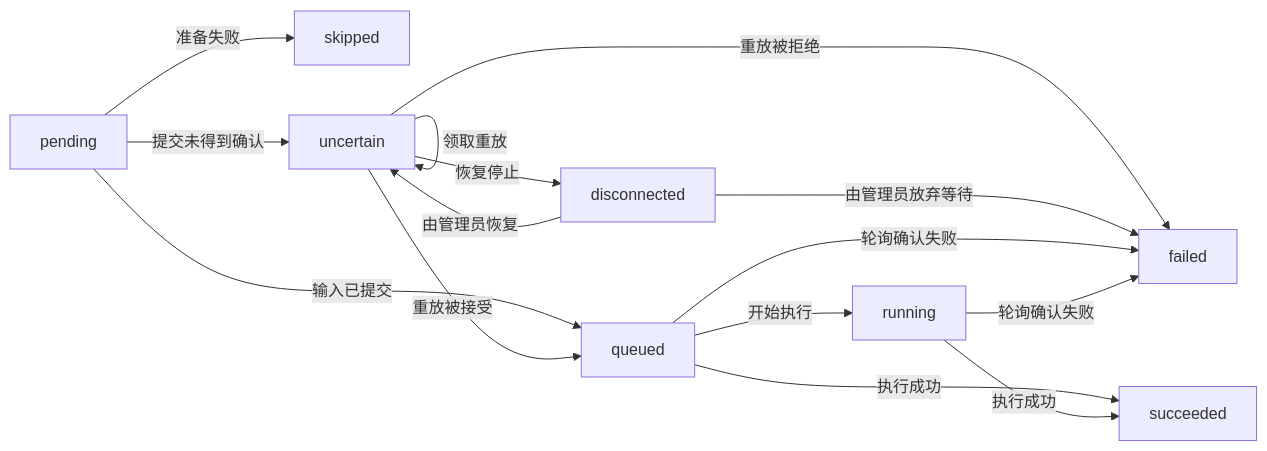
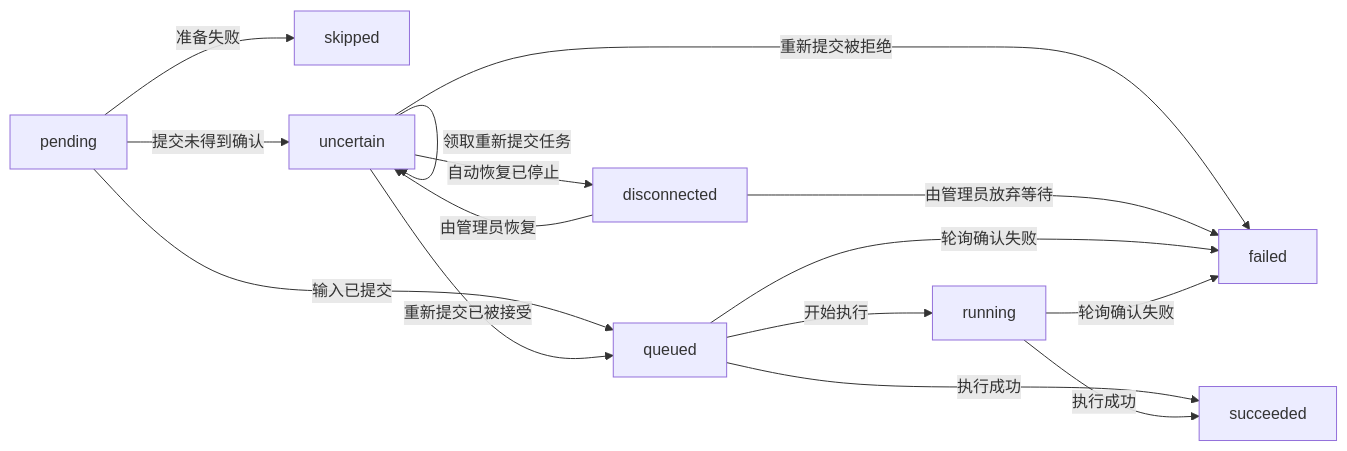
The second of 4 diagrams in contracts/review-runs-api/v1/STATE_MACHINES.zh.md (Agent-AI-Chalmers/sec-review-bot), drawn with Mermaid before and after one commit. The commit also changed other lines of this file and 5 other files, not shown here.

````diff
--- a/contracts/review-runs-api/v1/STATE_MACHINES.zh.md
+++ b/contracts/review-runs-api/v1/STATE_MACHINES.zh.md
@@ -61,25 +61,25 @@
 ```mermaid
 flowchart LR
   execution_pending["pending"]
   execution_queued["queued"]
   execution_running["running"]
   execution_succeeded["succeeded"]
   execution_skipped["skipped"]
   execution_uncertain["uncertain"]
   execution_disconnected["disconnected"]
   execution_failed["failed"]
   execution_pending -->|"输入已提交"| execution_queued
   execution_pending -->|"准备失败"| execution_skipped
   execution_pending -->|"提交未得到确认"| execution_uncertain
-  execution_uncertain -->|"领取重放"| execution_uncertain
-  execution_uncertain -->|"重放被接受"| execution_queued
-  execution_uncertain -->|"重放被拒绝"| execution_failed
-  execution_uncertain -->|"恢复停止"| execution_disconnected
+  execution_uncertain -->|"领取重新提交任务"| execution_uncertain
+  execution_uncertain -->|"重新提交已被接受"| execution_queued
+  execution_uncertain -->|"重新提交被拒绝"| execution_failed
+  execution_uncertain -->|"自动恢复已停止"| execution_disconnected
   execution_disconnected -->|"由管理员恢复"| execution_uncertain
   execution_disconnected -->|"由管理员放弃等待"| execution_failed
   execution_queued -->|"开始执行"| execution_running
   execution_queued -->|"执行成功"| execution_succeeded
   execution_running -->|"执行成功"| execution_succeeded
   execution_queued -->|"轮询确认失败"| execution_failed
   execution_running -->|"轮询确认失败"| execution_failed
 ```
````
